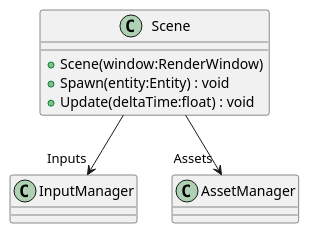
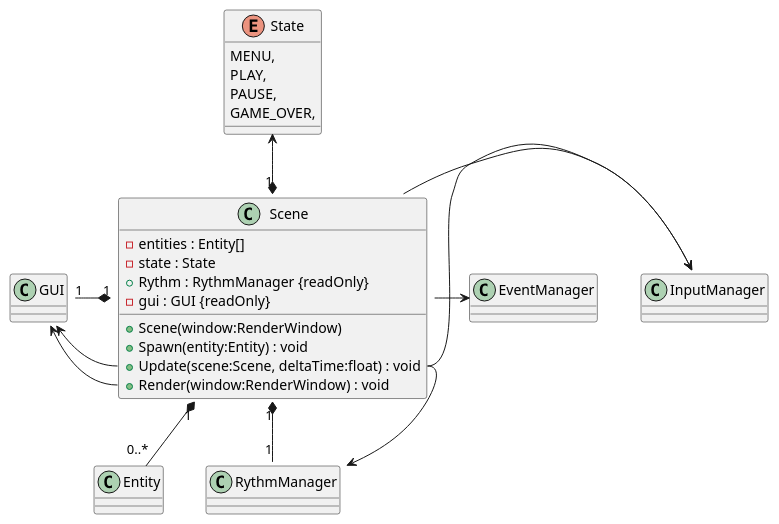
One commit to Ruby1405/PaceInvaders changed the diagram in plantuml/Scene.puml. Above: the diagram before and after it, drawn with PlantUML. The commit also changed 28 other files, not shown here.

Commit message:
mostly diagram progress

```diff
--- a/plantuml/Scene.puml
+++ b/plantuml/Scene.puml
@@ -1,9 +1,28 @@
 @startuml
+enum State {
+    MENU,
+    PLAY,
+    PAUSE,
+    GAME_OVER,
+}
 class Scene {
+    - entities : Entity[]
+    - state : State
+    + Rythm : RythmManager {readOnly}
+    - gui : GUI {readOnly}
     + Scene(window:RenderWindow)
     + Spawn(entity:Entity) : void
-    + Update(deltaTime:float) : void
+    + Update(scene:Scene, deltaTime:float) : void
+    + Render(window:RenderWindow) : void
 }
-Scene --> "Inputs" InputManager
-Scene --> "Assets" AssetManager
+State <--* "1" Scene
+GUI "1" -* "1" Scene
+Scene "1" *-- "0..*" Entity
+Scene::Scene -> InputManager::InitializeInputs
+Scene::Update -> InputManager::Update
+GUI::Update <- Scene::Update
+GUI::Render <- Scene::Render
+Scene "1" *-- "1" RythmManager
+Scene::Update --> RythmManager::Update
+Scene -> EventManager
 @enduml
```
